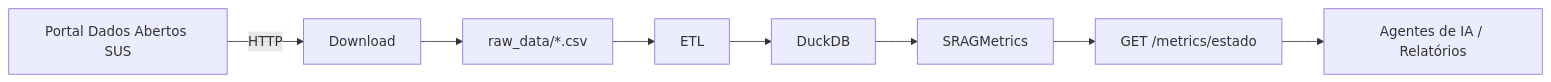
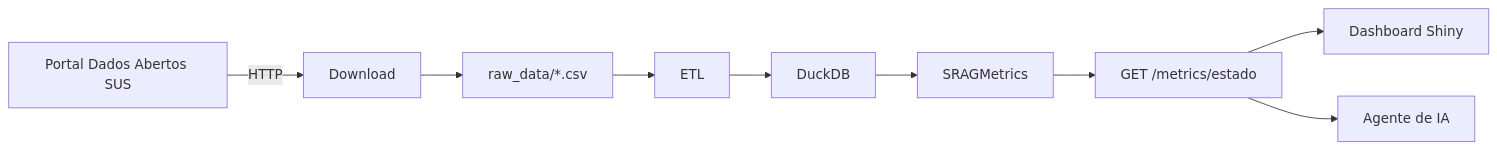
The first of 3 diagrams in docs/etl_pipeline.md (johnwsl/srag-data-health-agent-monitor), drawn with Mermaid before and after one commit. The commit also changed other lines of this file and 2 other files, not shown here.

````diff
--- a/docs/etl_pipeline.md
+++ b/docs/etl_pipeline.md
@@ -27,10 +27,11 @@
 ```mermaid
 flowchart LR
     A[Portal Dados Abertos SUS] -->|HTTP| B[Download]
     B --> C[raw_data/*.csv]
     C --> D[ETL]
     D --> E[DuckDB]
     E --> F[SRAGMetrics]
     F --> G[GET /metrics/estado]
-    G --> H[Agentes de IA / Relatórios]
+    G --> H[Dashboard Shiny]
+    G --> I[Agente de IA]
 ```
````
